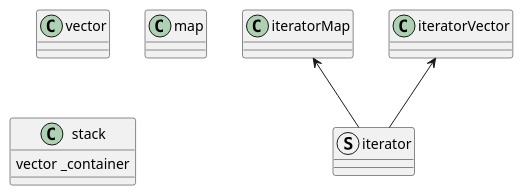
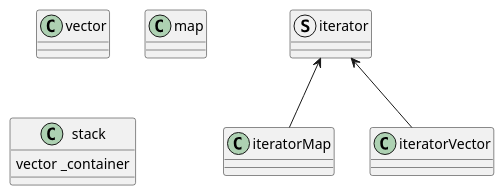
The first of 4 diagrams in assets/README.adoc (t-h2o/container), drawn with PlantUML before and after one commit. The commit also changed 1 other file, not shown here.

Commit message:
doc: Iterator(map/vector inheritance of struct Iterator

```diff
--- a/assets/README.adoc
+++ b/assets/README.adoc
@@ -8,23 +8,22 @@
 [plantuml, target=global_class, format=svg, width=100%]
 ....
 @startuml
 skinparam defaultFontName JetBrains Mono
+
+struct iterator
 
 class vector
 
 class map
 
 class iteratorMap
 
 class iteratorVector
 
 class stack {
 	vector _container
 }
 
-struct iterator
-
-iteratorMap <-- iterator
-iteratorVector <-- iterator
-
+iterator <-- iteratorMap
+iterator <-- iteratorVector
 ....
```
